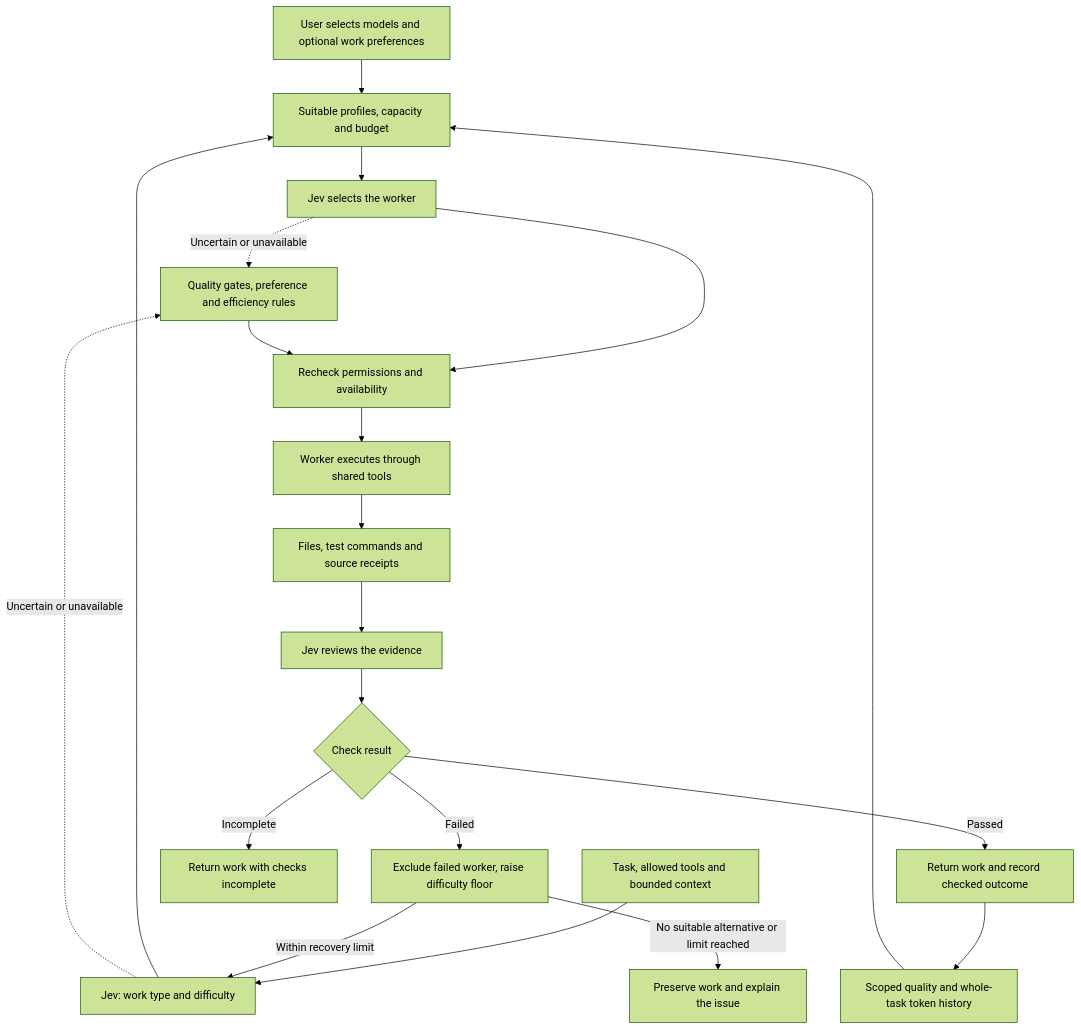
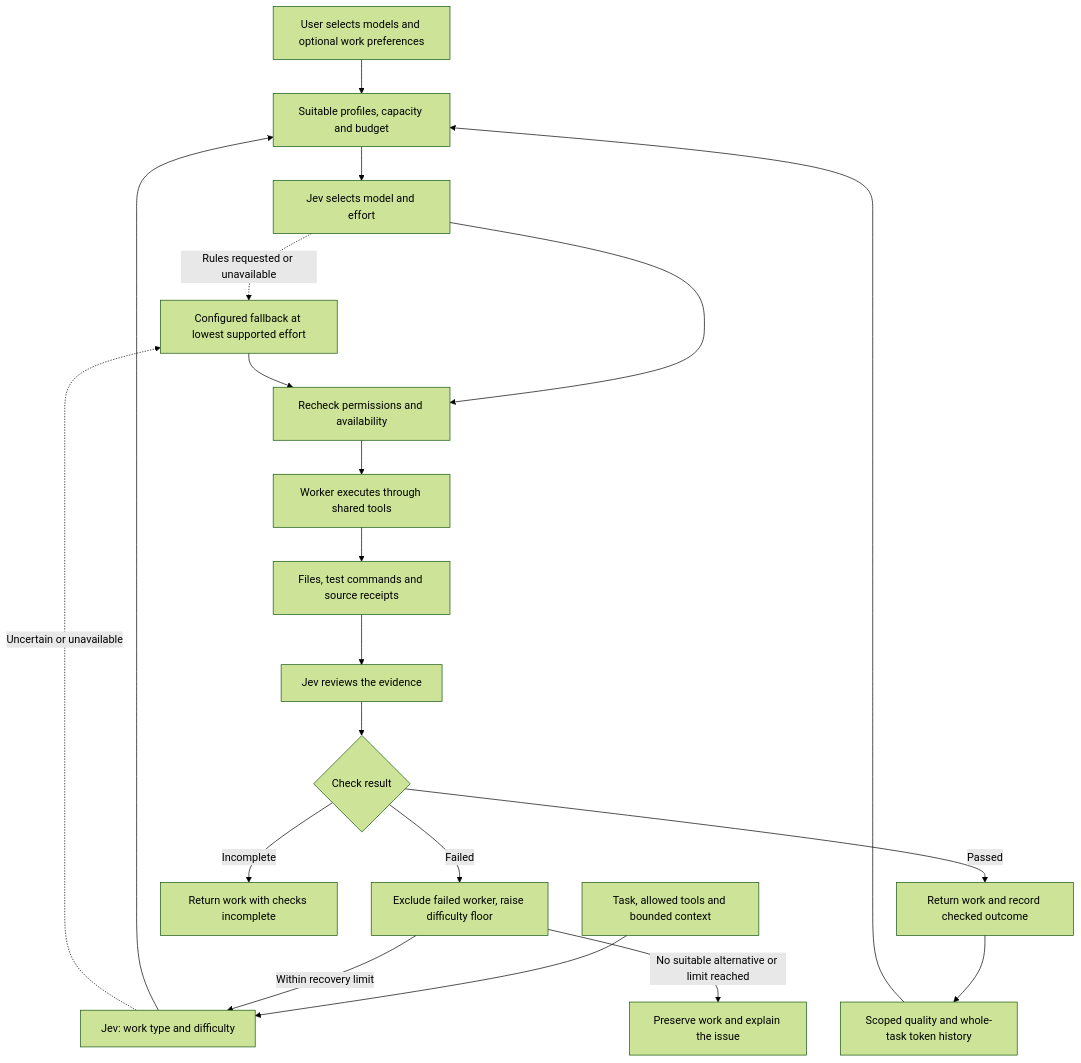
One commit to duke-autorouter/duke-autorouter changed the diagram in docs/ROUTING_POLICY.md. Above: the diagram before and after it, drawn with Mermaid (forest theme). The commit also changed other lines of this file and 103 other files, not shown here.

First line of the commit message:
Repair shared tools and add model-effort routing

````diff
--- a/docs/ROUTING_POLICY.md
+++ b/docs/ROUTING_POLICY.md
@@ -9,22 +10,22 @@
 ```mermaid
 flowchart TD
   Roster[User selects models and optional work preferences] --> Candidates
   Task[Task, allowed tools and bounded context] --> Assess[Jev: work type and difficulty]
   Assess --> Candidates[Suitable profiles, capacity and budget]
-  Candidates --> Choose[Jev selects the worker]
-  Assess -. Uncertain or unavailable .-> Fallback[Quality gates, preference and efficiency rules]
-  Choose -. Uncertain or unavailable .-> Fallback
+  Candidates --> Choose[Jev selects model and effort]
+  Assess -. Uncertain or unavailable .-> Fallback[Configured fallback at lowest supported effort]
+  Choose -. Rules requested or unavailable .-> Fallback
   Choose --> Gate[Recheck permissions and availability]
   Fallback --> Gate
   Gate --> Work[Worker executes through shared tools]
   Work --> Checks[Files, test commands and source receipts]
   Checks --> Review[Jev reviews the evidence]
   Review --> Result{Check result}
   Result -->|Passed| Save[Return work and record checked outcome]
   Result -->|Incomplete| Unknown[Return work with checks incomplete]
   Result -->|Failed| Retry[Exclude failed worker, raise difficulty floor]
   Retry -->|Within recovery limit| Assess
   Retry -->|No suitable alternative or limit reached| Block[Preserve work and explain the issue]
   Save --> History[Scoped quality and whole-task token history]
   History --> Candidates
 ```
````
